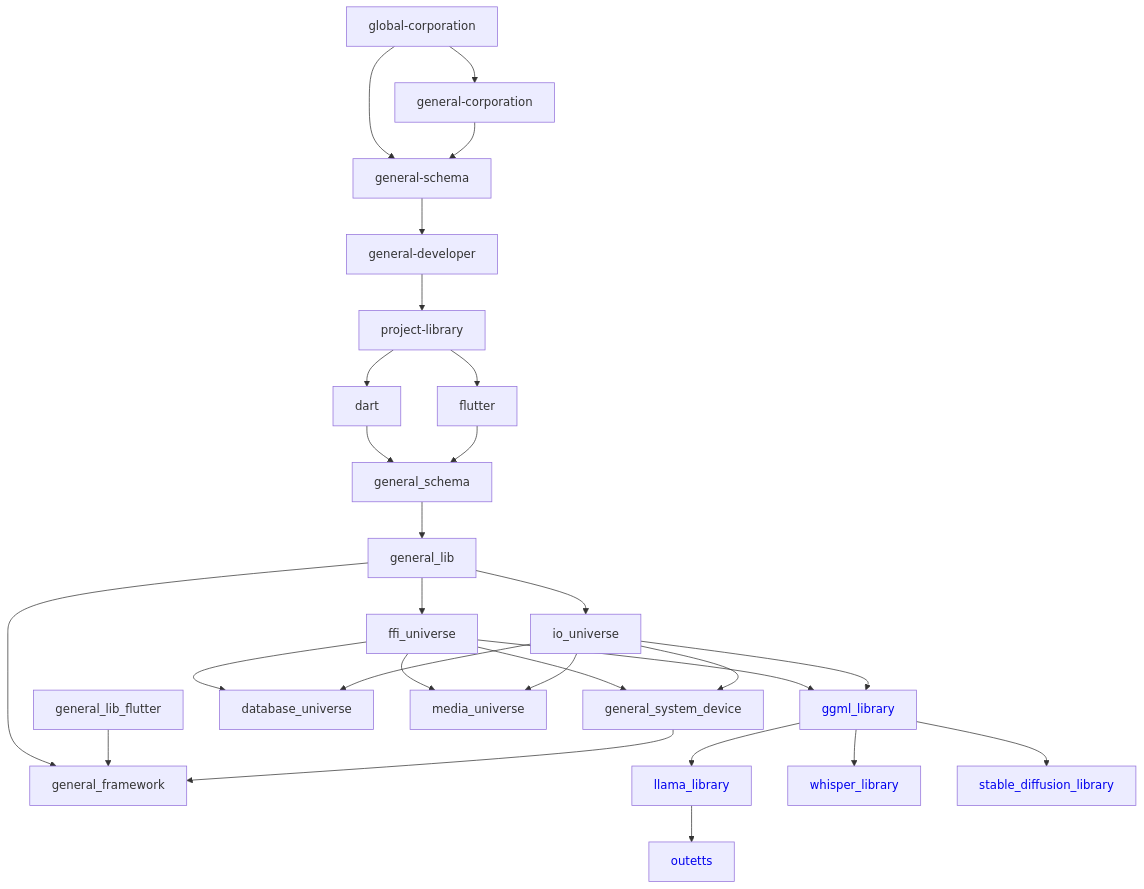
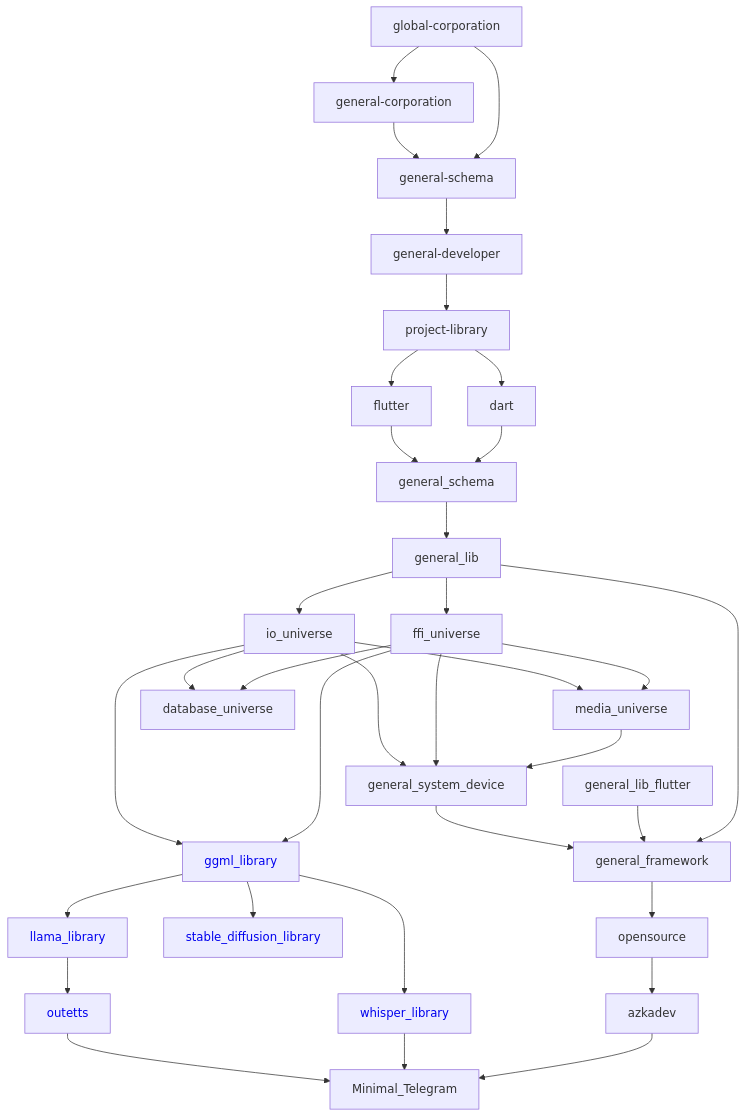
The diagram in profile/README.md (General-Developer/.github), drawn with Mermaid before and after one commit.

````diff
--- a/profile/README.md
+++ b/profile/README.md
@@ -4,51 +4,60 @@
 ```mermaid
 graph TD;
 global-corporation --> general-schema
 global-corporation --> general-corporation --> general-schema
 general-schema --> general-developer 
 general-developer --> project-library
 project-library --> dart
 project-library --> flutter
 dart --> general_schema
 flutter --> general_schema
 general_schema --> general_lib 
 general_lib --> ffi_universe
 general_lib --> io_universe
 general_lib --> general_framework
 general_lib_flutter --> general_framework
 general_system_device --> general_framework
+
+media_universe --> general_system_device
 
 ffi_universe --> database_universe
 io_universe --> database_universe
 
 ffi_universe --> media_universe
 io_universe --> media_universe
 
 ffi_universe --> general_system_device
 io_universe --> general_system_device
 
 
 ffi_universe --> ggml_library
 io_universe --> ggml_library
 
 
 ggml_library --> llama_library
 ggml_library --> whisper_library
 ggml_library --> stable_diffusion_library
 
 llama_library --> outetts
 
+general_framework --> opensource
 
+opensource --> azkadev
+
+azkadev --> Minimal_Telegram
+
+whisper_library --> Minimal_Telegram
+outetts --> Minimal_Telegram
 
 ggml_library[<a href="https://github.com/General-Developer/ggml_library" style="text-decoration:none;">ggml_library</a>];
 
 llama_library[<a href="https://github.com/General-Developer/llama_library" style="text-decoration:none;">llama_library</a>];
 
 outetts[<a href="https://github.com/General-Developer/outetts" style="text-decoration:none;">outetts</a>];
 
 whisper_library[<a href="https://github.com/General-Developer/whisper_library" style="text-decoration:none;">whisper_library</a>];
 
 stable_diffusion_library[<a href="https://github.com/General-Developer/stable_diffusion_library" style="text-decoration:none;">stable_diffusion_library</a>];
 
 
 ```
````
